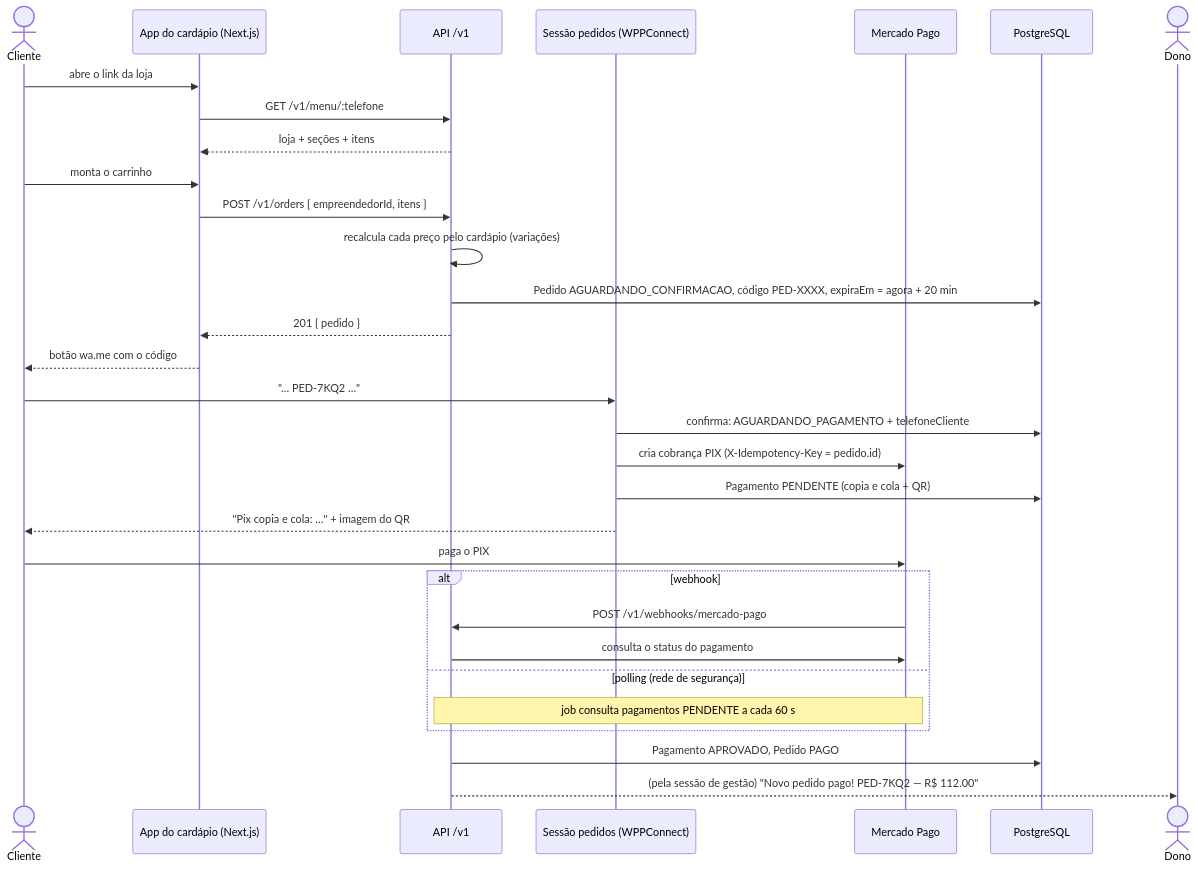
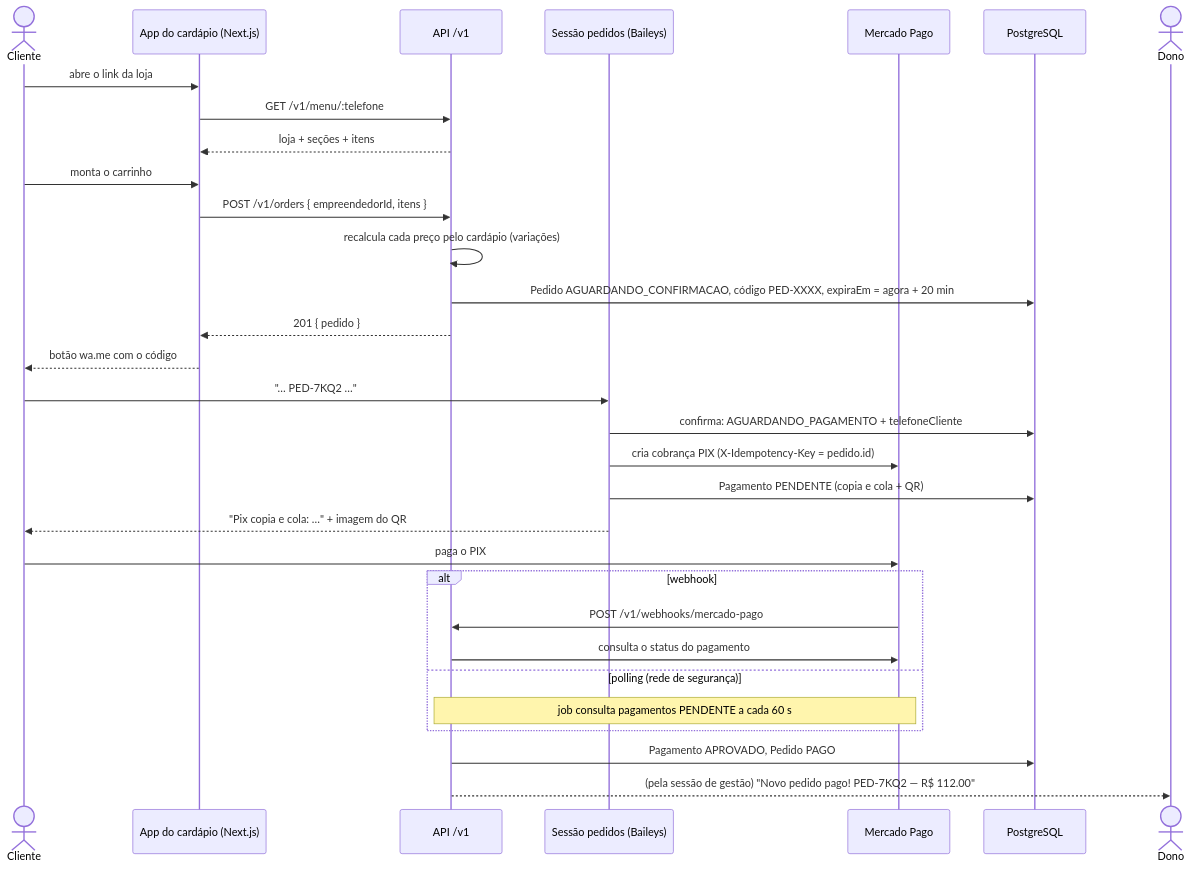
One commit to nathanlucena/zapmenu-back changed the second of 2 diagrams in docs/fluxos.md. Above: the diagram before and after it, drawn with Mermaid. The commit also changed other lines of this file and 18 other files, not shown here.

Commit message:
Trocar WPPConnect pelo Baileys

````diff
--- a/docs/fluxos.md
+++ b/docs/fluxos.md
@@ -136,34 +136,34 @@
 ```mermaid
 sequenceDiagram
     actor C as Cliente
     participant App as App do cardápio (Next.js)
     participant API as API /v1
-    participant WPP as Sessão pedidos (WPPConnect)
+    participant WPP as Sessão pedidos (Baileys)
     participant MP as Mercado Pago
     participant DB as PostgreSQL
     actor Dono
 
     C->>App: abre o link da loja
     App->>API: GET /v1/menu/:telefone
     API-->>App: loja + seções + itens
     C->>App: monta o carrinho
     App->>API: POST /v1/orders { empreendedorId, itens }
     API->>API: recalcula cada preço pelo cardápio (variações)
     API->>DB: Pedido AGUARDANDO_CONFIRMACAO, código PED-XXXX, expiraEm = agora + 20 min
     API-->>App: 201 { pedido }
     App-->>C: botão wa.me com o código
     C->>WPP: "… PED-7KQ2 …"
     WPP->>DB: confirma: AGUARDANDO_PAGAMENTO + telefoneCliente
     WPP->>MP: cria cobrança PIX (X-Idempotency-Key = pedido.id)
     WPP->>DB: Pagamento PENDENTE (copia e cola + QR)
     WPP-->>C: "Pix copia e cola: …" + imagem do QR
     C->>MP: paga o PIX
     alt webhook
         MP->>API: POST /v1/webhooks/mercado-pago
         API->>MP: consulta o status do pagamento
     else polling (rede de segurança)
         Note over API,MP: job consulta pagamentos PENDENTE a cada 60 s
     end
     API->>DB: Pagamento APROVADO, Pedido PAGO
     API-->>Dono: (pela sessão de gestão) "Novo pedido pago! PED-7KQ2 — R$ 112.00"
 ```
````
